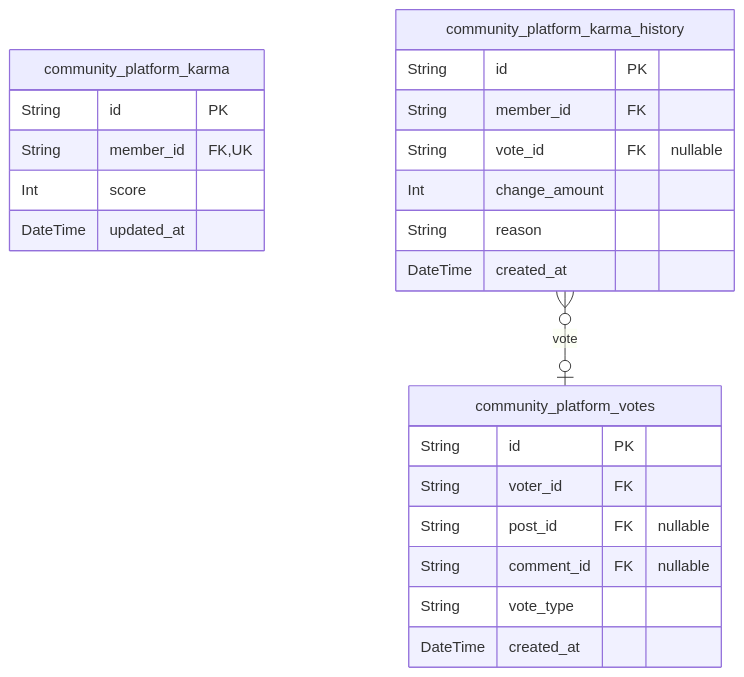
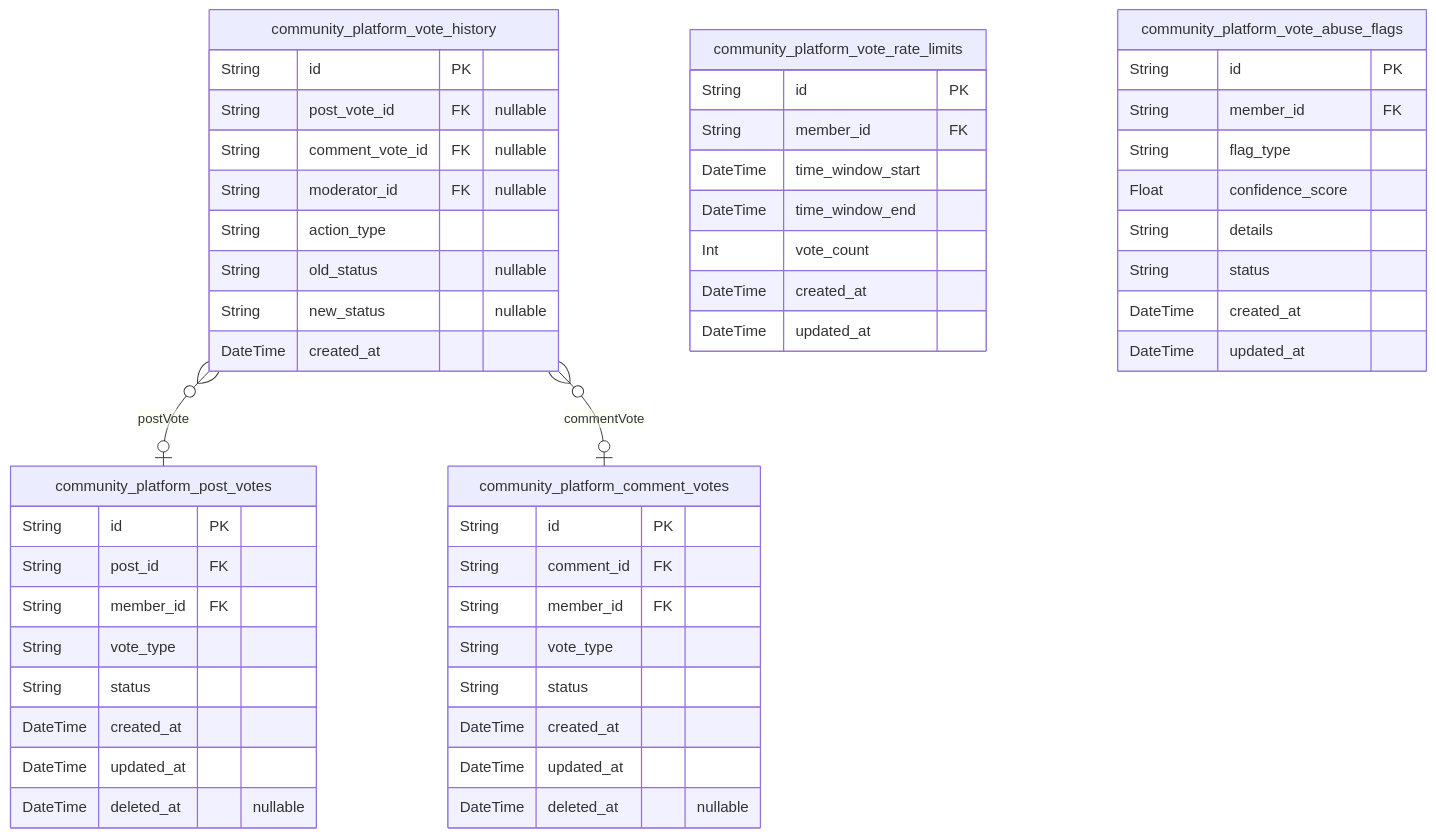
Before and after one commit to wrtnlabs/autobe-examples: the fourth of 10 diagrams in qwen/qwen3-next-80b-a3b-instruct/reddit/docs/ERD.md, drawn with Mermaid. The commit also changed other lines of this file and 960 other files, not shown here.

````diff
--- a/qwen/qwen3-next-80b-a3b-instruct/reddit/docs/ERD.md
+++ b/qwen/qwen3-next-80b-a3b-instruct/reddit/docs/ERD.md
@@ -500,26 +900,54 @@
 ```mermaid
 erDiagram
-"community_platform_votes" {
+"community_platform_post_votes" {
   String id PK
-  String voter_id FK
-  String post_id FK "nullable"
-  String comment_id FK "nullable"
+  String post_id FK
+  String member_id FK
   String vote_type
+  String status
+  DateTime created_at
+  DateTime updated_at
+  DateTime deleted_at "nullable"
+}
+"community_platform_comment_votes" {
+  String id PK
+  String comment_id FK
+  String member_id FK
+  String vote_type
+  String status
+  DateTime created_at
+  DateTime updated_at
+  DateTime deleted_at "nullable"
+}
+"community_platform_vote_history" {
+  String id PK
+  String post_vote_id FK "nullable"
+  String comment_vote_id FK "nullable"
+  String moderator_id FK "nullable"
+  String action_type
+  String old_status "nullable"
+  String new_status "nullable"
   DateTime created_at
 }
-"community_platform_karma" {
+"community_platform_vote_rate_limits" {
   String id PK
-  String member_id FK,UK
-  Int score
+  String member_id FK
+  DateTime time_window_start
+  DateTime time_window_end
+  Int vote_count
+  DateTime created_at
   DateTime updated_at
 }
-"community_platform_karma_history" {
+"community_platform_vote_abuse_flags" {
   String id PK
   String member_id FK
-  String vote_id FK "nullable"
-  Int change_amount
-  String reason
+  String flag_type
+  Float confidence_score
+  String details
+  String status
   DateTime created_at
+  DateTime updated_at
 }
-"community_platform_karma_history" }o--o| "community_platform_votes" : vote
+"community_platform_vote_history" }o--o| "community_platform_post_votes" : postVote
+"community_platform_vote_history" }o--o| "community_platform_comment_votes" : commentVote
 ```
````
